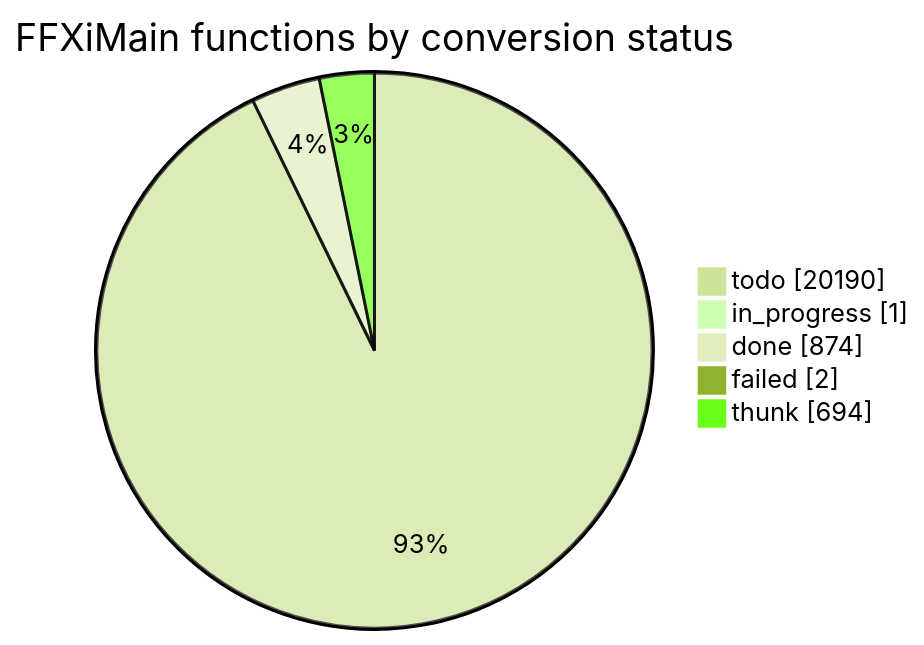
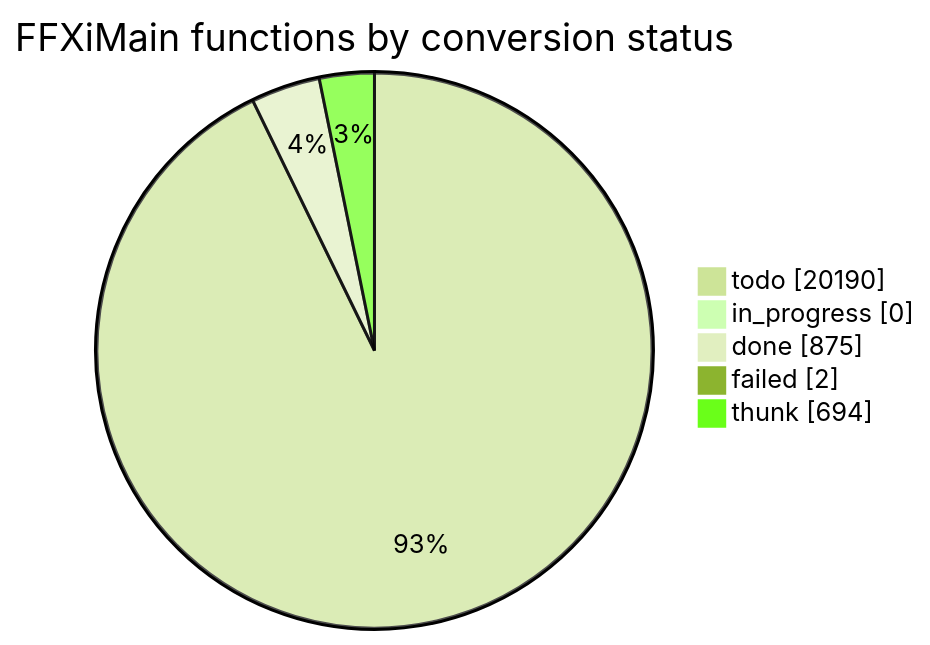
The diagram in docs/cow/STATUS.md (cowrevenge/cow_kuluu_xi_anything), drawn with Mermaid (forest theme) before and after one commit. The commit also changed other lines of this file and 9 other files, not shown here.

````diff
--- a/docs/cow/STATUS.md
+++ b/docs/cow/STATUS.md
@@ -18,9 +18,9 @@
 ```mermaid
 pie showData
     title FFXiMain functions by conversion status
     "todo" : 20190
-    "in_progress" : 1
-    "done" : 874
+    "in_progress" : 0
+    "done" : 875
     "failed" : 2
     "thunk" : 694
 ```
````
